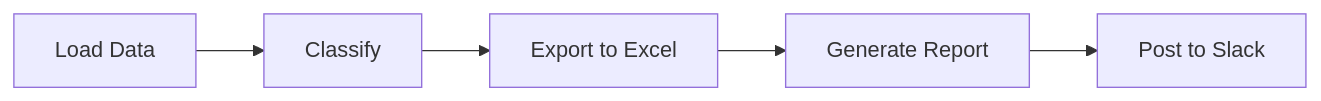
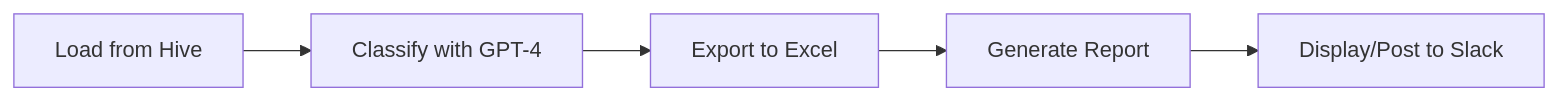
The diagram in README.md (disk737/feedback_agent_v1), drawn with Mermaid before and after one commit. The commit also changed other lines of this file and 1 other file, not shown here.

````diff
--- a/README.md
+++ b/README.md
@@ -127,7 +173,7 @@
 ```mermaid
 graph LR
-    A[Load Data] --> B[Classify]
+    A[Load from Hive] --> B[Classify with GPT-4]
     B --> C[Export to Excel]
     C --> D[Generate Report]
-    D --> E[Post to Slack]
+    D --> E[Display/Post to Slack]
 ```
````
